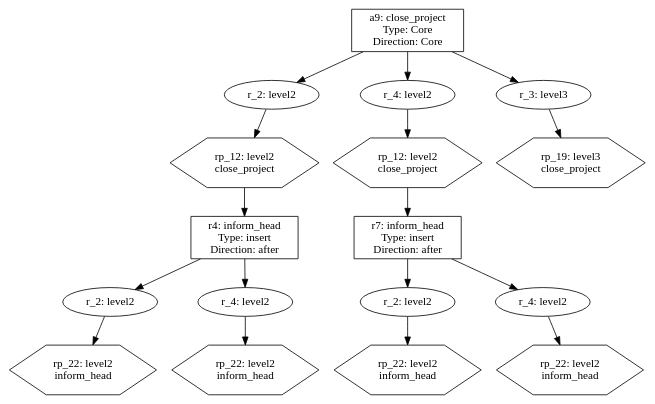
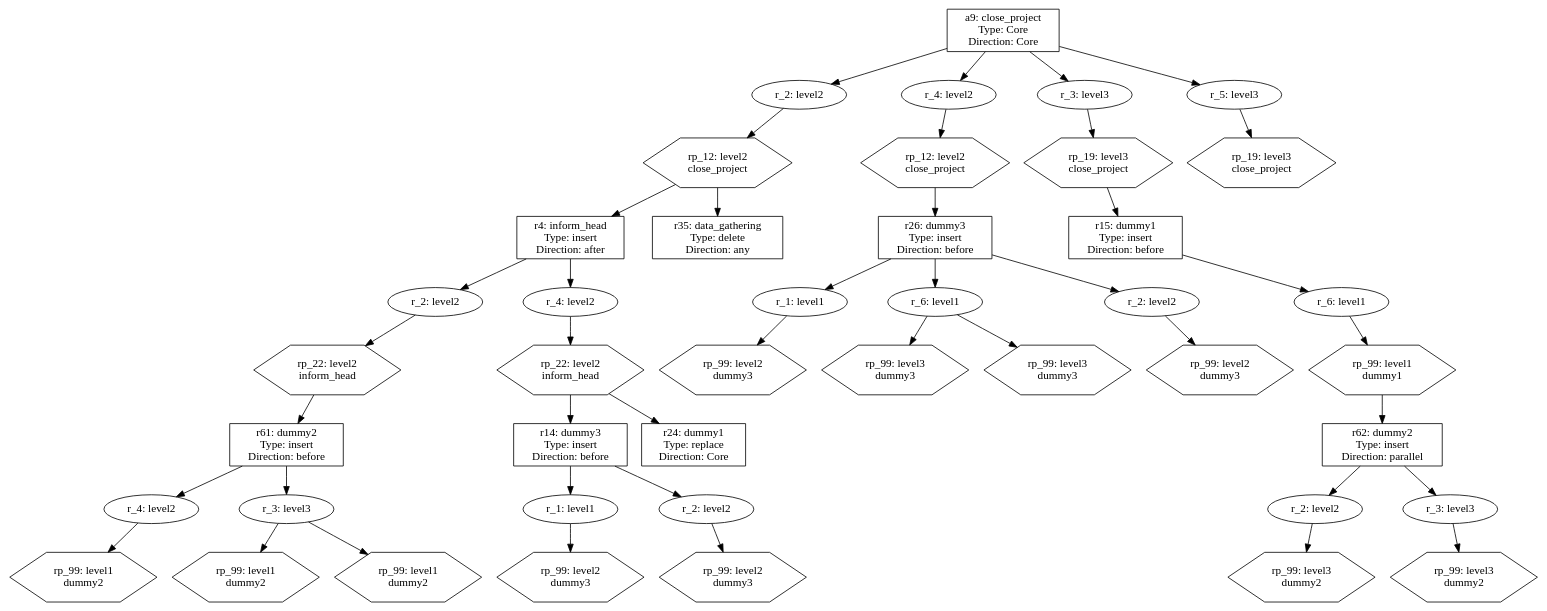
Before and after one commit to Schlixmann/RA-RPST-Allocation: the diagram in tree_allocation/tree/tmp/call_tree.dot, drawn with Graphviz. The commit also changed 19 other files, not shown here.

```diff
--- a/tree_allocation/tree/tmp/call_tree.dot
+++ b/tree_allocation/tree/tmp/call_tree.dot
@@ -1,48 +1,123 @@
 digraph CallTree {
-	"0066977c-bab7-11ee-a270-04cf4b795879" [label = "a9: close_project 
+	"e8c9a686-c128-11ee-ba9d-ac1a3ddd05c7" [label = "a9: close_project 
  Type: Core 
  Direction: Core" shape=rectangle]	; 
-	"0066a596-bab7-11ee-a270-04cf4b795879" [label = "r_2: level2"]	; 
-	"0066977c-bab7-11ee-a270-04cf4b795879" -> "0066a596-bab7-11ee-a270-04cf4b795879"	 ;
-	"0066a7e4-bab7-11ee-a270-04cf4b795879" [label = "rp_12: level2 
+	"e8c9b2de-c128-11ee-ba9d-ac1a3ddd05c7" [label = "r_2: level2"]	; 
+	"e8c9a686-c128-11ee-ba9d-ac1a3ddd05c7" -> "e8c9b2de-c128-11ee-ba9d-ac1a3ddd05c7"	 ;
+	"e8c9b4fa-c128-11ee-ba9d-ac1a3ddd05c7" [label = "rp_12: level2 
  close_project" shape=polygon sides=6]	; 
-	"0066a596-bab7-11ee-a270-04cf4b795879" -> "0066a7e4-bab7-11ee-a270-04cf4b795879"	 ;
-	"0066a906-bab7-11ee-a270-04cf4b795879" [label = "r4: inform_head 
+	"e8c9b2de-c128-11ee-ba9d-ac1a3ddd05c7" -> "e8c9b4fa-c128-11ee-ba9d-ac1a3ddd05c7"	 ;
+	"e8c9b644-c128-11ee-ba9d-ac1a3ddd05c7" [label = "r4: inform_head 
  Type: insert 
  Direction: after" shape=rectangle]	; 
-	"0066a7e4-bab7-11ee-a270-04cf4b795879" -> "0066a906-bab7-11ee-a270-04cf4b795879"	 ;
-	"0066ac26-bab7-11ee-a270-04cf4b795879" [label = "r_2: level2"]	; 
-	"0066a906-bab7-11ee-a270-04cf4b795879" -> "0066ac26-bab7-11ee-a270-04cf4b795879"	 ;
-	"0066ade8-bab7-11ee-a270-04cf4b795879" [label = "rp_22: level2 
+	"e8c9b4fa-c128-11ee-ba9d-ac1a3ddd05c7" -> "e8c9b644-c128-11ee-ba9d-ac1a3ddd05c7"	 ;
+	"e8c9ba22-c128-11ee-ba9d-ac1a3ddd05c7" [label = "r_2: level2"]	; 
+	"e8c9b644-c128-11ee-ba9d-ac1a3ddd05c7" -> "e8c9ba22-c128-11ee-ba9d-ac1a3ddd05c7"	 ;
+	"e8c9bbe4-c128-11ee-ba9d-ac1a3ddd05c7" [label = "rp_22: level2 
  inform_head" shape=polygon sides=6]	; 
-	"0066ac26-bab7-11ee-a270-04cf4b795879" -> "0066ade8-bab7-11ee-a270-04cf4b795879"	 ;
-	"0066aef6-bab7-11ee-a270-04cf4b795879" [label = "r_4: level2"]	; 
-	"0066a906-bab7-11ee-a270-04cf4b795879" -> "0066aef6-bab7-11ee-a270-04cf4b795879"	 ;
-	"0066b090-bab7-11ee-a270-04cf4b795879" [label = "rp_22: level2 
+	"e8c9ba22-c128-11ee-ba9d-ac1a3ddd05c7" -> "e8c9bbe4-c128-11ee-ba9d-ac1a3ddd05c7"	 ;
+	"e8c9bd06-c128-11ee-ba9d-ac1a3ddd05c7" [label = "r61: dummy2 
+ Type: insert 
+ Direction: before" shape=rectangle]	; 
+	"e8c9bbe4-c128-11ee-ba9d-ac1a3ddd05c7" -> "e8c9bd06-c128-11ee-ba9d-ac1a3ddd05c7"	 ;
+	"e8c9bf68-c128-11ee-ba9d-ac1a3ddd05c7" [label = "r_4: level2"]	; 
+	"e8c9bd06-c128-11ee-ba9d-ac1a3ddd05c7" -> "e8c9bf68-c128-11ee-ba9d-ac1a3ddd05c7"	 ;
+	"e8c9c102-c128-11ee-ba9d-ac1a3ddd05c7" [label = "rp_99: level1 
+ dummy2" shape=polygon sides=6]	; 
+	"e8c9bf68-c128-11ee-ba9d-ac1a3ddd05c7" -> "e8c9c102-c128-11ee-ba9d-ac1a3ddd05c7"	 ;
+	"e8c9c224-c128-11ee-ba9d-ac1a3ddd05c7" [label = "r_3: level3"]	; 
+	"e8c9bd06-c128-11ee-ba9d-ac1a3ddd05c7" -> "e8c9c224-c128-11ee-ba9d-ac1a3ddd05c7"	 ;
+	"e8c9c3aa-c128-11ee-ba9d-ac1a3ddd05c7" [label = "rp_99: level1 
+ dummy2" shape=polygon sides=6]	; 
+	"e8c9c224-c128-11ee-ba9d-ac1a3ddd05c7" -> "e8c9c3aa-c128-11ee-ba9d-ac1a3ddd05c7"	 ;
+	"e8c9c4ae-c128-11ee-ba9d-ac1a3ddd05c7" [label = "rp_99: level1 
+ dummy2" shape=polygon sides=6]	; 
+	"e8c9c224-c128-11ee-ba9d-ac1a3ddd05c7" -> "e8c9c4ae-c128-11ee-ba9d-ac1a3ddd05c7"	 ;
+	"e8c9c5c6-c128-11ee-ba9d-ac1a3ddd05c7" [label = "r_4: level2"]	; 
+	"e8c9b644-c128-11ee-ba9d-ac1a3ddd05c7" -> "e8c9c5c6-c128-11ee-ba9d-ac1a3ddd05c7"	 ;
+	"e8c9c74c-c128-11ee-ba9d-ac1a3ddd05c7" [label = "rp_22: level2 
  inform_head" shape=polygon sides=6]	; 
-	"0066aef6-bab7-11ee-a270-04cf4b795879" -> "0066b090-bab7-11ee-a270-04cf4b795879"	 ;
-	"0066b194-bab7-11ee-a270-04cf4b795879" [label = "r_4: level2"]	; 
-	"0066977c-bab7-11ee-a270-04cf4b795879" -> "0066b194-bab7-11ee-a270-04cf4b795879"	 ;
-	"0066b342-bab7-11ee-a270-04cf4b795879" [label = "rp_12: level2 
+	"e8c9c5c6-c128-11ee-ba9d-ac1a3ddd05c7" -> "e8c9c74c-c128-11ee-ba9d-ac1a3ddd05c7"	 ;
+	"e8c9c8aa-c128-11ee-ba9d-ac1a3ddd05c7" [label = "r14: dummy3 
+ Type: insert 
+ Direction: before" shape=rectangle]	; 
+	"e8c9c74c-c128-11ee-ba9d-ac1a3ddd05c7" -> "e8c9c8aa-c128-11ee-ba9d-ac1a3ddd05c7"	 ;
+	"e8c9cada-c128-11ee-ba9d-ac1a3ddd05c7" [label = "r_1: level1"]	; 
+	"e8c9c8aa-c128-11ee-ba9d-ac1a3ddd05c7" -> "e8c9cada-c128-11ee-ba9d-ac1a3ddd05c7"	 ;
+	"e8c9cc6a-c128-11ee-ba9d-ac1a3ddd05c7" [label = "rp_99: level2 
+ dummy3" shape=polygon sides=6]	; 
+	"e8c9cada-c128-11ee-ba9d-ac1a3ddd05c7" -> "e8c9cc6a-c128-11ee-ba9d-ac1a3ddd05c7"	 ;
+	"e8c9cd78-c128-11ee-ba9d-ac1a3ddd05c7" [label = "r_2: level2"]	; 
+	"e8c9c8aa-c128-11ee-ba9d-ac1a3ddd05c7" -> "e8c9cd78-c128-11ee-ba9d-ac1a3ddd05c7"	 ;
+	"e8c9cefe-c128-11ee-ba9d-ac1a3ddd05c7" [label = "rp_99: level2 
+ dummy3" shape=polygon sides=6]	; 
+	"e8c9cd78-c128-11ee-ba9d-ac1a3ddd05c7" -> "e8c9cefe-c128-11ee-ba9d-ac1a3ddd05c7"	 ;
+	"e8c9d00c-c128-11ee-ba9d-ac1a3ddd05c7" [label = "r24: dummy1 
+ Type: replace 
+ Direction: Core" shape=rectangle]	; 
+	"e8c9c74c-c128-11ee-ba9d-ac1a3ddd05c7" -> "e8c9d00c-c128-11ee-ba9d-ac1a3ddd05c7"	 ;
+	"e8c9d28c-c128-11ee-ba9d-ac1a3ddd05c7" [label = "r35: data_gathering 
+ Type: delete 
+ Direction: any" shape=rectangle]	; 
+	"e8c9b4fa-c128-11ee-ba9d-ac1a3ddd05c7" -> "e8c9d28c-c128-11ee-ba9d-ac1a3ddd05c7"	 ;
+	"e8c9d480-c128-11ee-ba9d-ac1a3ddd05c7" [label = "r_4: level2"]	; 
+	"e8c9a686-c128-11ee-ba9d-ac1a3ddd05c7" -> "e8c9d480-c128-11ee-ba9d-ac1a3ddd05c7"	 ;
+	"e8c9d62e-c128-11ee-ba9d-ac1a3ddd05c7" [label = "rp_12: level2 
  close_project" shape=polygon sides=6]	; 
-	"0066b194-bab7-11ee-a270-04cf4b795879" -> "0066b342-bab7-11ee-a270-04cf4b795879"	 ;
-	"0066b428-bab7-11ee-a270-04cf4b795879" [label = "r7: inform_head 
+	"e8c9d480-c128-11ee-ba9d-ac1a3ddd05c7" -> "e8c9d62e-c128-11ee-ba9d-ac1a3ddd05c7"	 ;
+	"e8c9d746-c128-11ee-ba9d-ac1a3ddd05c7" [label = "r26: dummy3 
  Type: insert 
- Direction: after" shape=rectangle]	; 
-	"0066b342-bab7-11ee-a270-04cf4b795879" -> "0066b428-bab7-11ee-a270-04cf4b795879"	 ;
-	"0066b63a-bab7-11ee-a270-04cf4b795879" [label = "r_2: level2"]	; 
-	"0066b428-bab7-11ee-a270-04cf4b795879" -> "0066b63a-bab7-11ee-a270-04cf4b795879"	 ;
-	"0066b7e8-bab7-11ee-a270-04cf4b795879" [label = "rp_22: level2 
- inform_head" shape=polygon sides=6]	; 
-	"0066b63a-bab7-11ee-a270-04cf4b795879" -> "0066b7e8-bab7-11ee-a270-04cf4b795879"	 ;
-	"0066b8d8-bab7-11ee-a270-04cf4b795879" [label = "r_4: level2"]	; 
-	"0066b428-bab7-11ee-a270-04cf4b795879" -> "0066b8d8-bab7-11ee-a270-04cf4b795879"	 ;
-	"0066ba72-bab7-11ee-a270-04cf4b795879" [label = "rp_22: level2 
- inform_head" shape=polygon sides=6]	; 
-	"0066b8d8-bab7-11ee-a270-04cf4b795879" -> "0066ba72-bab7-11ee-a270-04cf4b795879"	 ;
-	"0066bb62-bab7-11ee-a270-04cf4b795879" [label = "r_3: level3"]	; 
-	"0066977c-bab7-11ee-a270-04cf4b795879" -> "0066bb62-bab7-11ee-a270-04cf4b795879"	 ;
-	"0066bcf2-bab7-11ee-a270-04cf4b795879" [label = "rp_19: level3 
+ Direction: before" shape=rectangle]	; 
+	"e8c9d62e-c128-11ee-ba9d-ac1a3ddd05c7" -> "e8c9d746-c128-11ee-ba9d-ac1a3ddd05c7"	 ;
+	"e8c9d9b2-c128-11ee-ba9d-ac1a3ddd05c7" [label = "r_1: level1"]	; 
+	"e8c9d746-c128-11ee-ba9d-ac1a3ddd05c7" -> "e8c9d9b2-c128-11ee-ba9d-ac1a3ddd05c7"	 ;
+	"e8c9db4c-c128-11ee-ba9d-ac1a3ddd05c7" [label = "rp_99: level2 
+ dummy3" shape=polygon sides=6]	; 
+	"e8c9d9b2-c128-11ee-ba9d-ac1a3ddd05c7" -> "e8c9db4c-c128-11ee-ba9d-ac1a3ddd05c7"	 ;
+	"e8c9dc64-c128-11ee-ba9d-ac1a3ddd05c7" [label = "r_6: level1"]	; 
+	"e8c9d746-c128-11ee-ba9d-ac1a3ddd05c7" -> "e8c9dc64-c128-11ee-ba9d-ac1a3ddd05c7"	 ;
+	"e8c9ddfe-c128-11ee-ba9d-ac1a3ddd05c7" [label = "rp_99: level3 
+ dummy3" shape=polygon sides=6]	; 
+	"e8c9dc64-c128-11ee-ba9d-ac1a3ddd05c7" -> "e8c9ddfe-c128-11ee-ba9d-ac1a3ddd05c7"	 ;
+	"e8c9df0c-c128-11ee-ba9d-ac1a3ddd05c7" [label = "rp_99: level3 
+ dummy3" shape=polygon sides=6]	; 
+	"e8c9dc64-c128-11ee-ba9d-ac1a3ddd05c7" -> "e8c9df0c-c128-11ee-ba9d-ac1a3ddd05c7"	 ;
+	"e8c9e010-c128-11ee-ba9d-ac1a3ddd05c7" [label = "r_2: level2"]	; 
+	"e8c9d746-c128-11ee-ba9d-ac1a3ddd05c7" -> "e8c9e010-c128-11ee-ba9d-ac1a3ddd05c7"	 ;
+	"e8c9e18c-c128-11ee-ba9d-ac1a3ddd05c7" [label = "rp_99: level2 
+ dummy3" shape=polygon sides=6]	; 
+	"e8c9e010-c128-11ee-ba9d-ac1a3ddd05c7" -> "e8c9e18c-c128-11ee-ba9d-ac1a3ddd05c7"	 ;
+	"e8c9e2ae-c128-11ee-ba9d-ac1a3ddd05c7" [label = "r_3: level3"]	; 
+	"e8c9a686-c128-11ee-ba9d-ac1a3ddd05c7" -> "e8c9e2ae-c128-11ee-ba9d-ac1a3ddd05c7"	 ;
+	"e8c9e43e-c128-11ee-ba9d-ac1a3ddd05c7" [label = "rp_19: level3 
  close_project" shape=polygon sides=6]	; 
-	"0066bb62-bab7-11ee-a270-04cf4b795879" -> "0066bcf2-bab7-11ee-a270-04cf4b795879"	 ;
+	"e8c9e2ae-c128-11ee-ba9d-ac1a3ddd05c7" -> "e8c9e43e-c128-11ee-ba9d-ac1a3ddd05c7"	 ;
+	"e8c9e542-c128-11ee-ba9d-ac1a3ddd05c7" [label = "r15: dummy1 
+ Type: insert 
+ Direction: before" shape=rectangle]	; 
+	"e8c9e43e-c128-11ee-ba9d-ac1a3ddd05c7" -> "e8c9e542-c128-11ee-ba9d-ac1a3ddd05c7"	 ;
+	"e8c9e7fe-c128-11ee-ba9d-ac1a3ddd05c7" [label = "r_6: level1"]	; 
+	"e8c9e542-c128-11ee-ba9d-ac1a3ddd05c7" -> "e8c9e7fe-c128-11ee-ba9d-ac1a3ddd05c7"	 ;
+	"e8c9e984-c128-11ee-ba9d-ac1a3ddd05c7" [label = "rp_99: level1 
+ dummy1" shape=polygon sides=6]	; 
+	"e8c9e7fe-c128-11ee-ba9d-ac1a3ddd05c7" -> "e8c9e984-c128-11ee-ba9d-ac1a3ddd05c7"	 ;
+	"e8c9ea92-c128-11ee-ba9d-ac1a3ddd05c7" [label = "r62: dummy2 
+ Type: insert 
+ Direction: parallel" shape=rectangle]	; 
+	"e8c9e984-c128-11ee-ba9d-ac1a3ddd05c7" -> "e8c9ea92-c128-11ee-ba9d-ac1a3ddd05c7"	 ;
+	"e8c9ecc2-c128-11ee-ba9d-ac1a3ddd05c7" [label = "r_2: level2"]	; 
+	"e8c9ea92-c128-11ee-ba9d-ac1a3ddd05c7" -> "e8c9ecc2-c128-11ee-ba9d-ac1a3ddd05c7"	 ;
+	"e8c9ee52-c128-11ee-ba9d-ac1a3ddd05c7" [label = "rp_99: level3 
+ dummy2" shape=polygon sides=6]	; 
+	"e8c9ecc2-c128-11ee-ba9d-ac1a3ddd05c7" -> "e8c9ee52-c128-11ee-ba9d-ac1a3ddd05c7"	 ;
+	"e8c9ef9c-c128-11ee-ba9d-ac1a3ddd05c7" [label = "r_3: level3"]	; 
+	"e8c9ea92-c128-11ee-ba9d-ac1a3ddd05c7" -> "e8c9ef9c-c128-11ee-ba9d-ac1a3ddd05c7"	 ;
+	"e8c9f122-c128-11ee-ba9d-ac1a3ddd05c7" [label = "rp_99: level3 
+ dummy2" shape=polygon sides=6]	; 
+	"e8c9ef9c-c128-11ee-ba9d-ac1a3ddd05c7" -> "e8c9f122-c128-11ee-ba9d-ac1a3ddd05c7"	 ;
+	"e8c9f24e-c128-11ee-ba9d-ac1a3ddd05c7" [label = "r_5: level3"]	; 
+	"e8c9a686-c128-11ee-ba9d-ac1a3ddd05c7" -> "e8c9f24e-c128-11ee-ba9d-ac1a3ddd05c7"	 ;
+	"e8c9f3de-c128-11ee-ba9d-ac1a3ddd05c7" [label = "rp_19: level3 
+ close_project" shape=polygon sides=6]	; 
+	"e8c9f24e-c128-11ee-ba9d-ac1a3ddd05c7" -> "e8c9f3de-c128-11ee-ba9d-ac1a3ddd05c7"	 ;
 }
```
